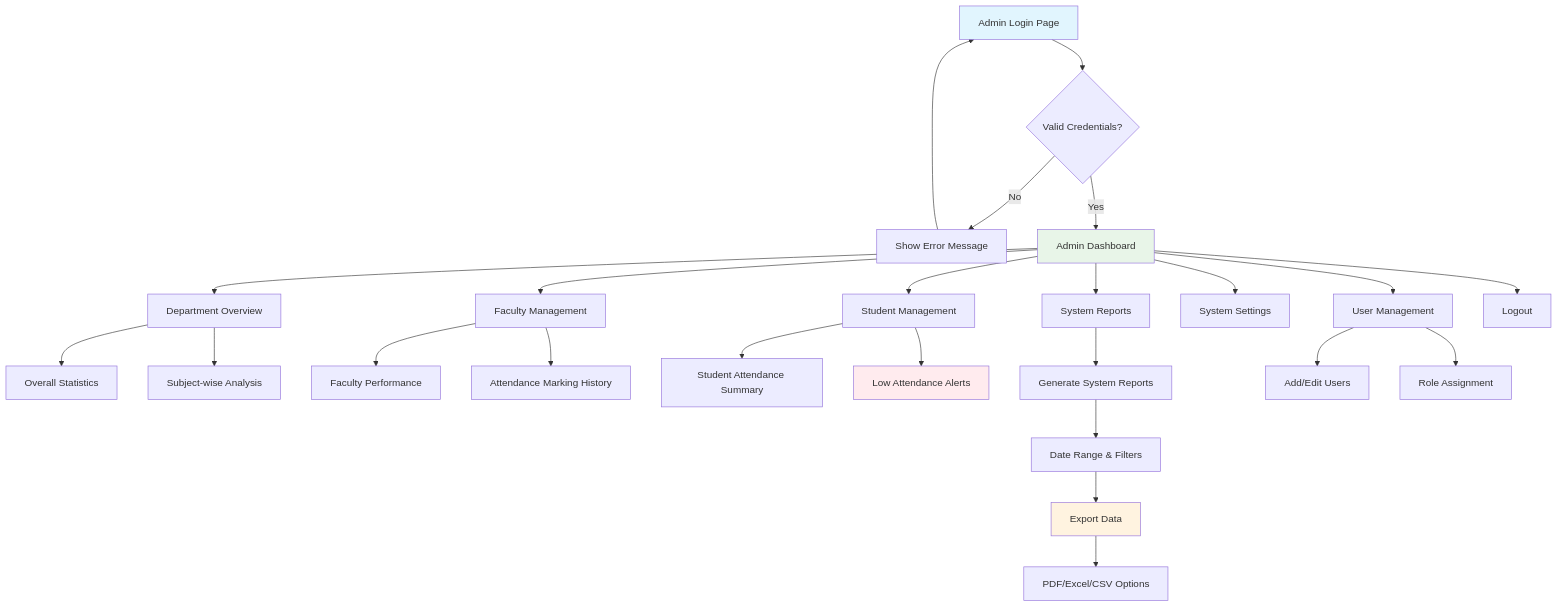
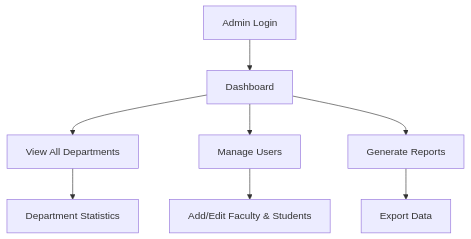
One commit to shahdhairyah/Attendance-system changed the third of 3 diagrams in README.md. Above: the diagram before and after it, drawn with Mermaid. The commit also changed other lines of this file, not shown here.

````diff
--- a/README.md
+++ b/README.md
@@ -152,31 +64,10 @@
 ```mermaid
-graph TD
-    A[Admin Login Page] --> B{Valid Credentials?}
-    B -->|No| C[Show Error Message]
-    C --> A
-    B -->|Yes| D[Admin Dashboard]
-    D --> E[Department Overview]
-    D --> F[Faculty Management]
-    D --> G[Student Management]
-    D --> H[System Reports]
-    E --> I[Overall Statistics]
-    E --> J[Subject-wise Analysis]
-    F --> K[Faculty Performance]
-    F --> L[Attendance Marking History]
-    G --> M[Student Attendance Summary]
-    G --> N[Low Attendance Alerts]
-    H --> O[Generate System Reports]
-    O --> P[Date Range & Filters]
-    P --> Q[Export Data]
-    Q --> R[PDF/Excel/CSV Options]
-    D --> S[System Settings]
-    D --> T[User Management]
-    T --> U[Add/Edit Users]
-    T --> V[Role Assignment]
-    D --> W[Logout]
-    
-    style A fill:#e1f5fe
-    style D fill:#e8f5e8
-    style N fill:#ffebee
-    style Q fill:#fff3e0
+flowchart TD
+    A[Admin Login] --> B[Dashboard]
+    B --> C[View All Departments]
+    B --> D[Manage Users]
+    B --> E[Generate Reports]
+    C --> F[Department Statistics]
+    D --> G[Add/Edit Faculty & Students]
+    E --> H[Export Data]
 ```
````
